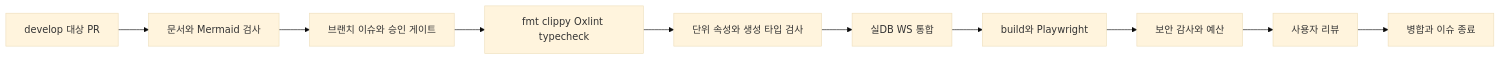
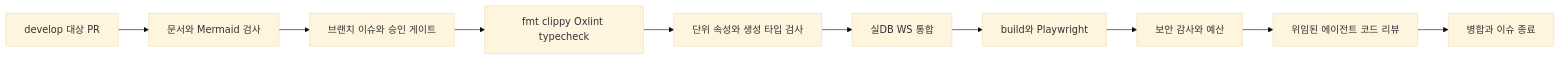
One commit to crystal23733/search-mine changed the second of 2 diagrams in docs/design/14-testing-strategy.md. Above: the diagram before and after it, drawn with Mermaid (base theme). The commit also changed other lines of this file and 23 other files, not shown here.

````diff
--- a/docs/design/14-testing-strategy.md
+++ b/docs/design/14-testing-strategy.md
@@ -26,12 +26,12 @@
 ```mermaid
 flowchart LR
   PR[develop 대상 PR] --> Docs[문서와 Mermaid 검사]
   Docs --> Gate[브랜치 이슈와 승인 게이트]
   Gate --> Lint[fmt clippy Oxlint typecheck]
   Lint --> Unit[단위 속성와 생성 타입 검사]
   Unit --> DB[실DB WS 통합]
   DB --> Web[build와 Playwright]
   Web --> Audit[보안 감사와 예산]
-  Audit --> Review[사용자 리뷰]
+  Audit --> Review[위임된 에이전트 코드 리뷰]
   Review --> Merge[병합과 이슈 종료]
 ```
````
